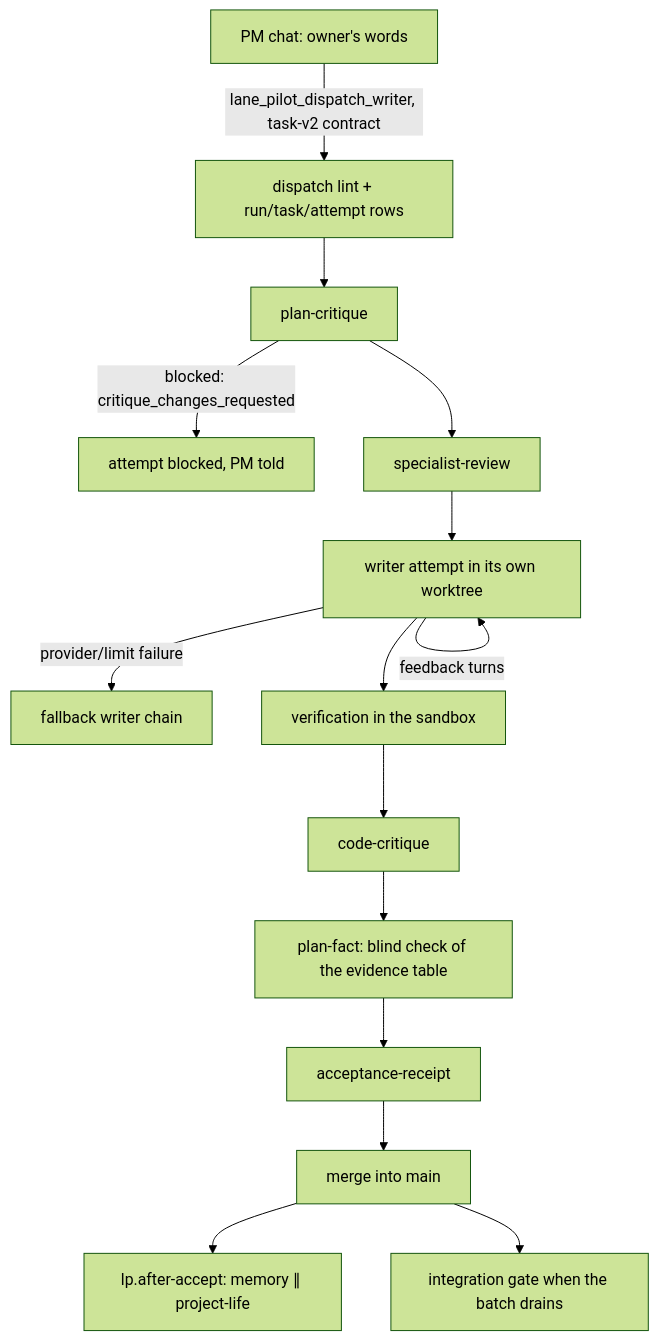
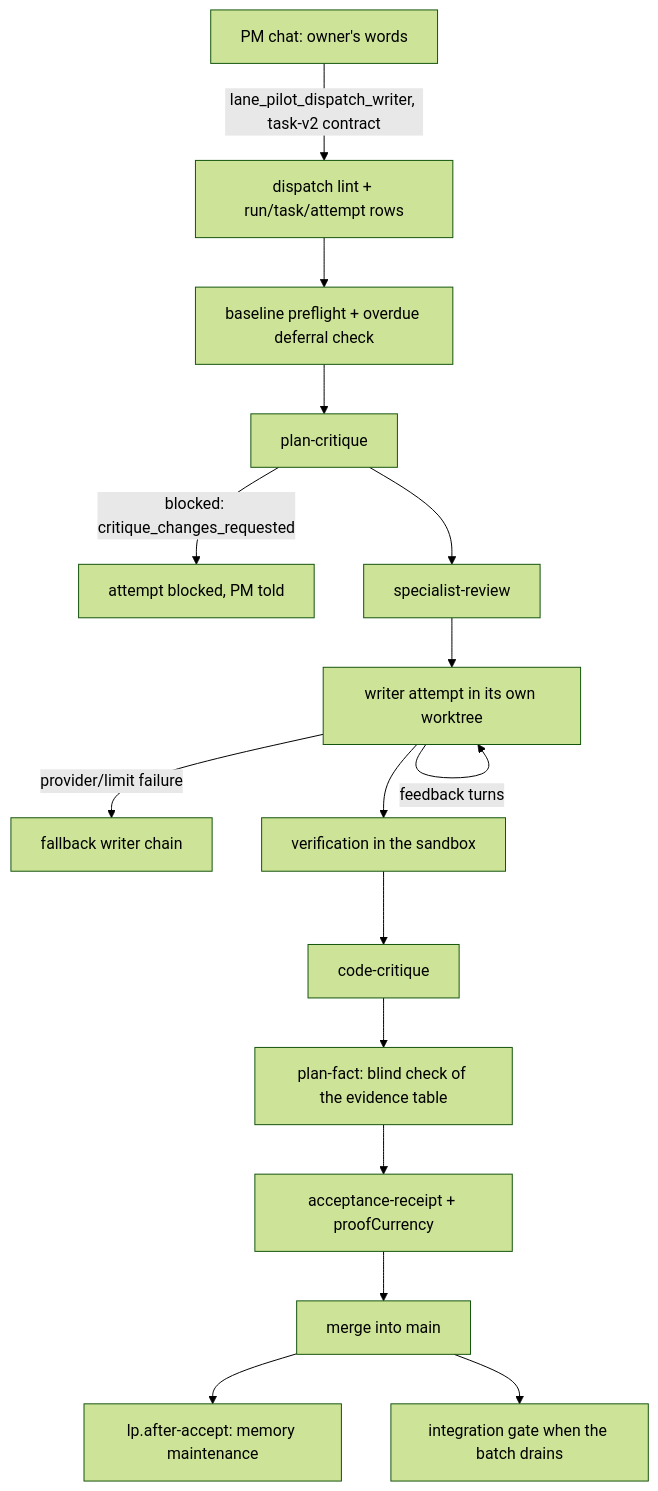
Before and after one commit to VKirill/bb-plugin-lane-pilot: the first of 2 diagrams in docs/flows/task-pipeline.md, drawn with Mermaid (forest theme). The commit also changed other lines of this file and 4392 other files, not shown here.

First line of the commit message:
feat: pause, prune, one scheduler, one architecture (0.1.610)

````diff
--- a/docs/flows/task-pipeline.md
+++ b/docs/flows/task-pipeline.md
@@ -38,17 +39,18 @@
 ```mermaid
 flowchart TD
     PM[PM chat: owner's words] -->|lane_pilot_dispatch_writer, task-v2 contract| D[dispatch lint + run/task/attempt rows]
-    D --> PC[plan-critique]
+    D --> BL[baseline preflight + overdue deferral check]
+    BL --> PC[plan-critique]
     PC -->|blocked: critique_changes_requested| BLOCK[attempt blocked, PM told]
     PC --> SR[specialist-review]
     SR --> W[writer attempt in its own worktree]
     W -->|feedback turns| W
     W -->|provider/limit failure| FB[fallback writer chain]
     W --> VF[verification in the sandbox]
     VF --> CC[code-critique]
     CC --> PF[plan-fact: blind check of the evidence table]
-    PF --> ACC[acceptance-receipt]
+    PF --> ACC[acceptance-receipt + proofCurrency]
     ACC --> MG[merge into main]
-    MG --> AA[lp.after-accept: memory ∥ project-life]
+    MG --> AA[lp.after-accept: memory maintenance]
     MG --> IG[integration gate when the batch drains]
 ```
````
